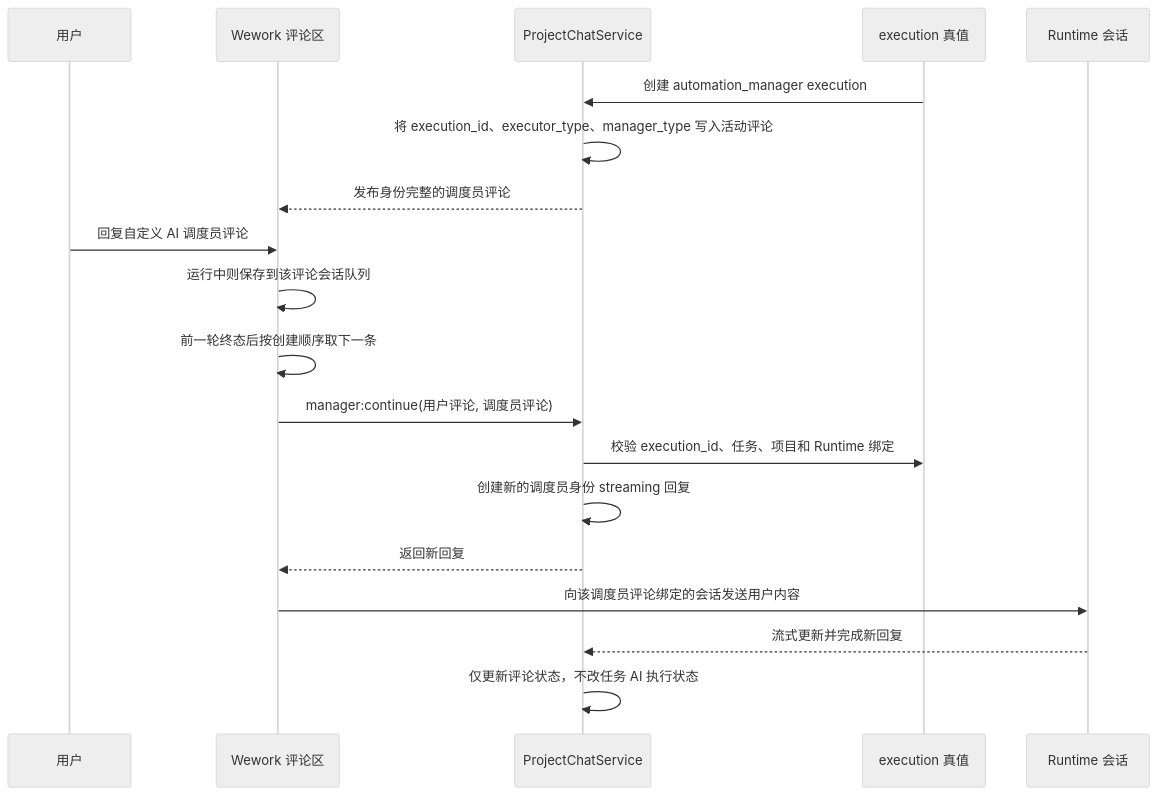
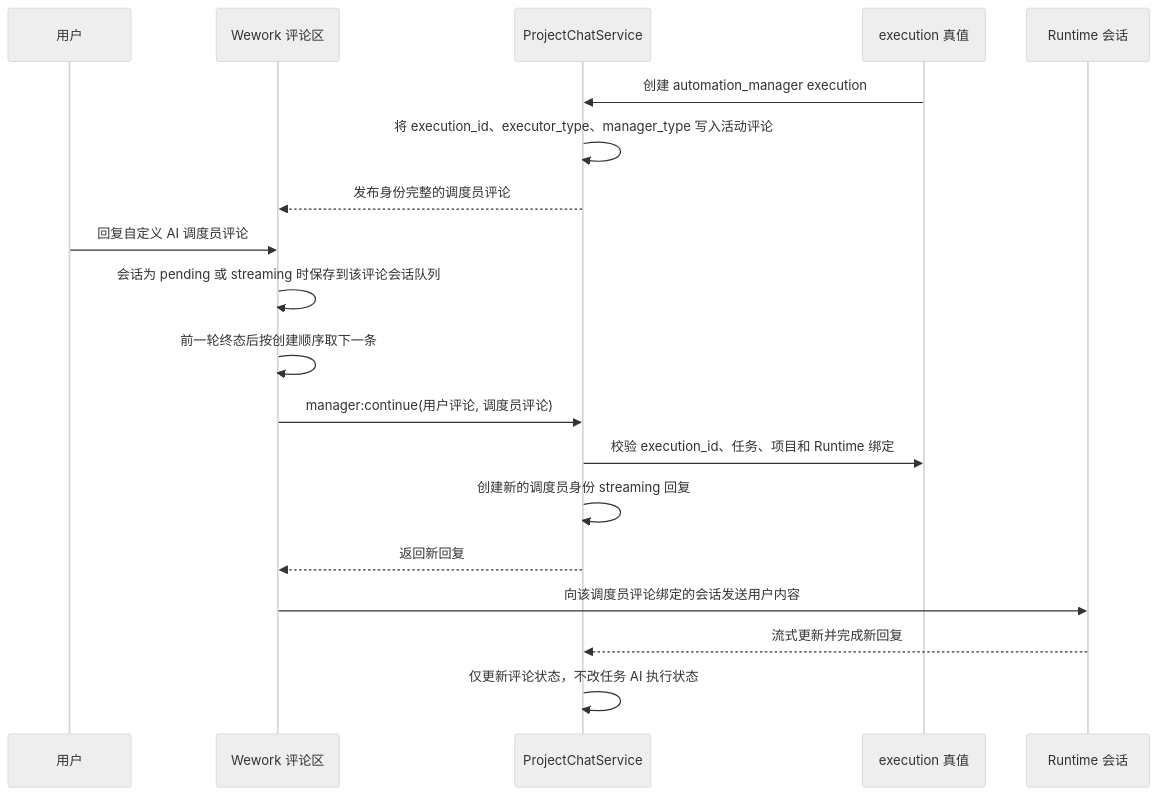
One commit to wecode-ai/Wegent changed the second of 2 diagrams in docs/zh/architecture/automation-manager-continuation.md. Above: the diagram before and after it, drawn with Mermaid (neutral theme). The commit also changed other lines of this file and 3 other files, not shown here.

Commit message:
docs(architecture): clarify queued continuation states

````diff
--- a/docs/zh/architecture/automation-manager-continuation.md
+++ b/docs/zh/architecture/automation-manager-continuation.md
@@ -22,22 +22,22 @@
 ```mermaid
 sequenceDiagram
     participant U as 用户
     participant W as Wework 评论区
     participant C as ProjectChatService
     participant X as execution 真值
     participant R as Runtime 会话
 
     X->>C: 创建 automation_manager execution
     C->>C: 将 execution_id、executor_type、manager_type 写入活动评论
     C-->>W: 发布身份完整的调度员评论
     U->>W: 回复自定义 AI 调度员评论
-    W->>W: 运行中则保存到该评论会话队列
+    W->>W: 会话为 pending 或 streaming 时保存到该评论会话队列
     W->>W: 前一轮终态后按创建顺序取下一条
     W->>C: manager:continue(用户评论, 调度员评论)
     C->>X: 校验 execution_id、任务、项目和 Runtime 绑定
     C->>C: 创建新的调度员身份 streaming 回复
     C-->>W: 返回新回复
     W->>R: 向该调度员评论绑定的会话发送用户内容
     R-->>C: 流式更新并完成新回复
     C->>C: 仅更新评论状态，不改任务 AI 执行状态
 ```
````
